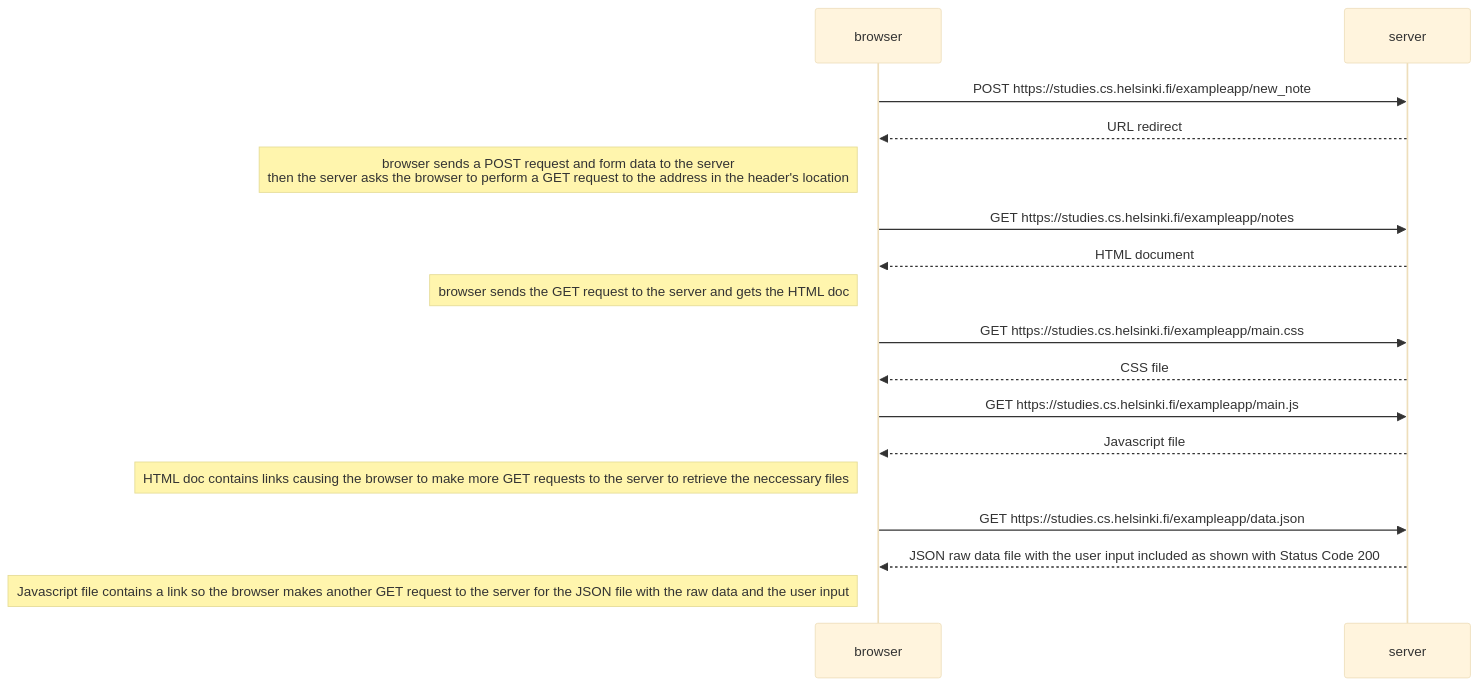
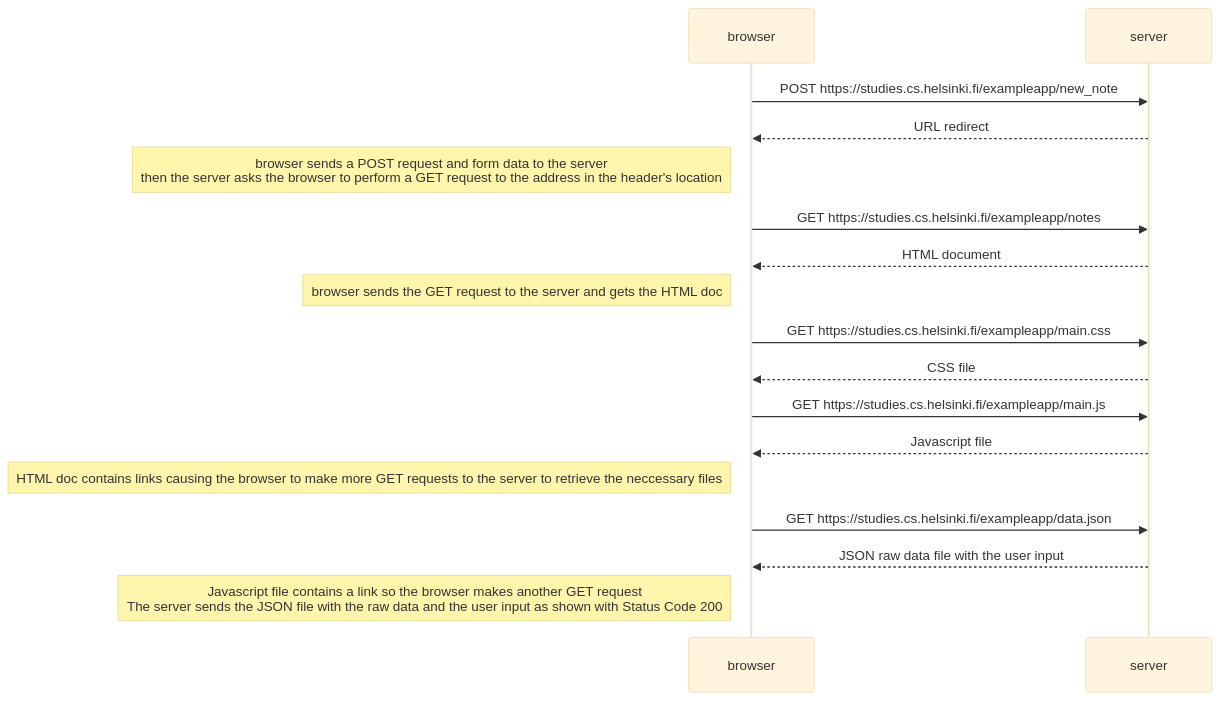
The diagram in part 0.4.md (ThomasYang1275/Fullstack), drawn with Mermaid (base theme) before and after one commit.

Commit message:
Update part 0.4.md
Changed some words around

````diff
--- a/part 0.4.md
+++ b/part 0.4.md
@@ -1,27 +1,27 @@
 ```mermaid
 sequenceDiagram
     participant browser
     participant server
 
     browser->>server: POST https://studies.cs.helsinki.fi/exampleapp/new_note
     server-->>browser: URL redirect
     
     Note left of browser: browser sends a POST request and form data to the server<br/>then the server asks the browser to perform a GET request to the address in the header's location
 
     browser->>server: GET https://studies.cs.helsinki.fi/exampleapp/notes
     server-->>browser: HTML document
     
     Note left of browser: browser sends the GET request to the server and gets the HTML doc
 
     browser->>server: GET https://studies.cs.helsinki.fi/exampleapp/main.css
     server-->>browser: CSS file
     browser->>server: GET https://studies.cs.helsinki.fi/exampleapp/main.js
     server-->>browser: Javascript file
     
     Note left of browser: HTML doc contains links causing the browser to make more GET requests to the server to retrieve the neccessary files
 
     browser->>server: GET https://studies.cs.helsinki.fi/exampleapp/data.json
-    server-->>browser: JSON raw data file with the user input included as shown with Status Code 200
+    server-->>browser: JSON raw data file with the user input
 
-    Note left of browser: Javascript file contains a link so the browser makes another GET request to the server for the JSON file with the raw data and the user input
+    Note left of browser: Javascript file contains a link so the browser makes another GET request<br/>The server sends the JSON file with the raw data and the user input as shown with Status Code 200
 ```
````
